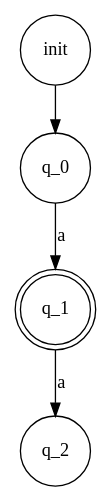
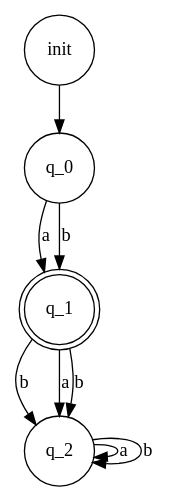
The diagram in _Grepy/grepy/DFA.DOT (salcosser/grepy), drawn with Graphviz before and after one commit. The commit also changed 7 other files, not shown here.

```diff
--- a/_Grepy/grepy/DFA.DOT
+++ b/_Grepy/grepy/DFA.DOT
@@ -1,9 +1,14 @@
 digraph DFA {
 rankdir=q
 size="8,5"
 node [shape = doublecircle]; q_1;
 node [shape = circle];
 init -> q_0 [style=solid]
 q_0 -> q_1 [ label= "a"];
+q_0 -> q_1 [ label= "b"];
+q_1 -> q_2 [ label= "b"];
 q_1 -> q_2 [ label= "a"];
+q_1 -> q_2 [ label= "b"];
+q_2 -> q_2 [ label= "a"];
+q_2 -> q_2 [ label= "b"];
 }
```
